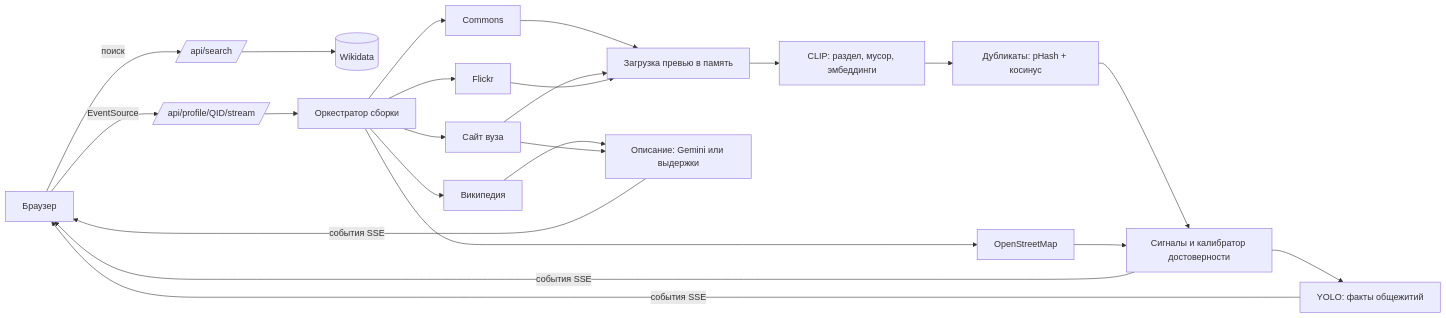
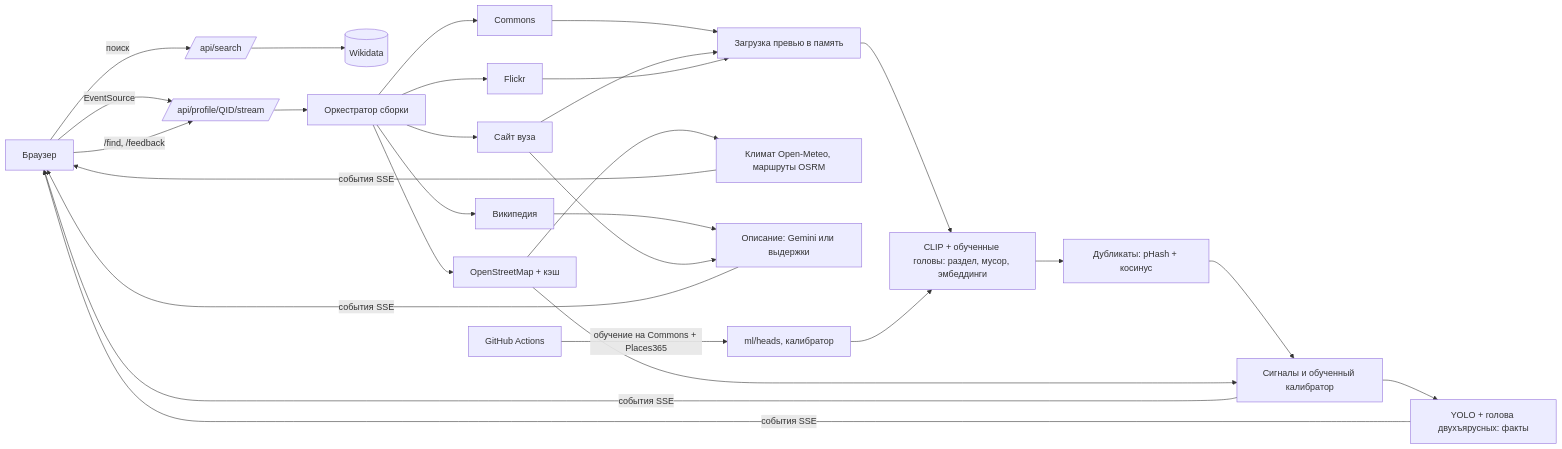
The diagram in README.md (zhomarterkhainar-svg/locus), drawn with Mermaid before and after one commit. The commit also changed other lines of this file and 7 other files, not shown here.

````diff
--- a/README.md
+++ b/README.md
@@ -38,20 +79,24 @@
 ```mermaid
 flowchart LR
   U[Браузер] -- поиск --> S[/api/search/]
   S --> WD[(Wikidata)]
   U -- EventSource --> P[/api/profile/QID/stream/]
   P --> O[Оркестратор сборки]
   O --> C[Commons]
   O --> W[Сайт вуза]
   O --> F[Flickr]
-  O --> M[OpenStreetMap]
+  O --> M[OpenStreetMap + кэш]
   O --> WP[Википедия]
   C & W & F --> L[Загрузка превью в память]
-  L --> V[CLIP: раздел, мусор, эмбеддинги]
+  L --> V[CLIP + обученные головы: раздел, мусор, эмбеддинги]
   V --> D[Дубликаты: pHash + косинус]
-  D --> R[Сигналы и калибратор достоверности]
+  D --> R[Сигналы и обученный калибратор]
   M --> R
-  R --> Y[YOLO: факты общежитий]
+  R --> Y[YOLO + голова двухъярусных: факты]
+  M --> X[Климат Open-Meteo, маршруты OSRM]
   WP & W --> G[Описание: Gemini или выдержки]
-  R & Y & G -- события SSE --> U
+  R & Y & G & X -- события SSE --> U
+  U -- /find, /feedback --> P
+  GA[GitHub Actions] -- обучение на Commons + Places365 --> H[ml/heads, калибратор]
+  H --> V
 ```
````
